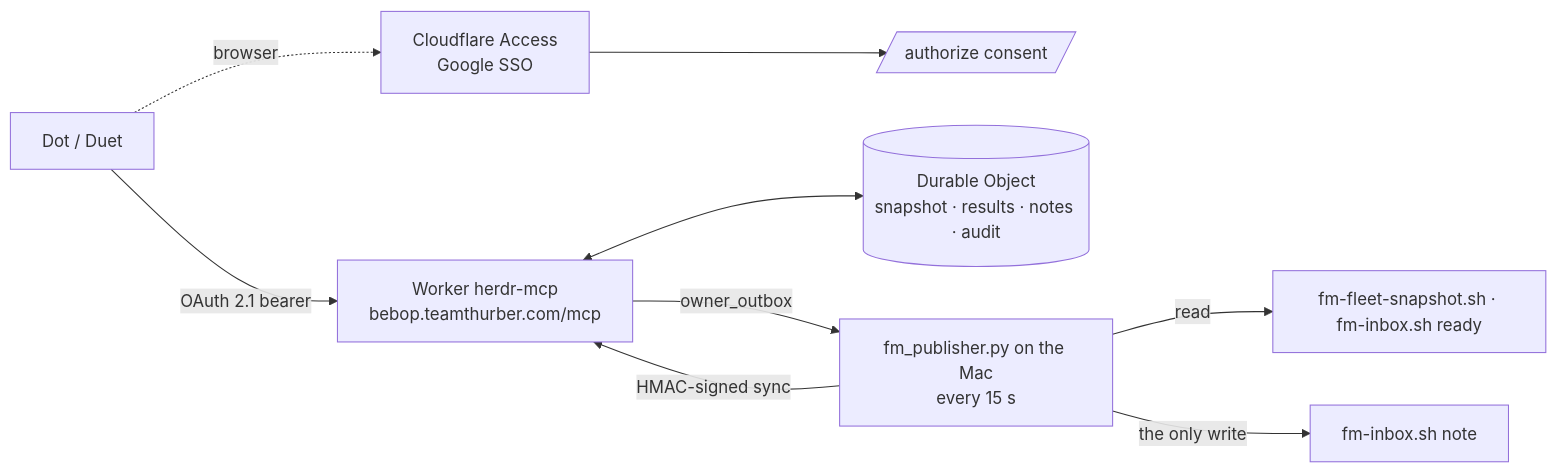
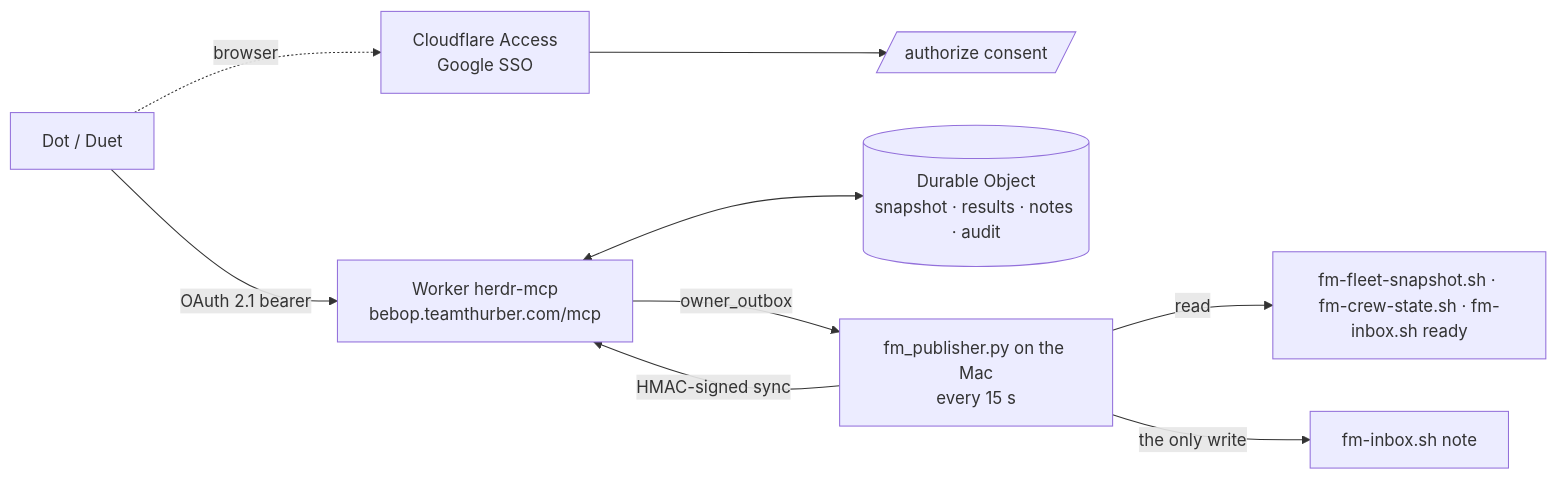
Before and after one commit to tntpgh/herdr-control: the first of 3 diagrams in remote-mcp/README.md, drawn with Mermaid. The commit also changed other lines of this file and 3 other files, not shown here.

First line of the commit message:
remote-mcp: refresh the Bebop snapshot incrementally between full fleet reads

````diff
--- a/remote-mcp/README.md
+++ b/remote-mcp/README.md
@@ -20,10 +20,10 @@
 ```mermaid
 flowchart LR
   C["Dot / Duet"] -- OAuth 2.1 bearer --> W["Worker herdr-mcp<br/>bebop.teamthurber.com/mcp"]
   C -. browser .-> A["Cloudflare Access<br/>Google SSO"] --> AU[/authorize consent/]
   W <--> DO[("Durable Object<br/>snapshot · results · notes · audit")]
   P["fm_publisher.py on the Mac<br/>every 15 s"] -- HMAC-signed sync --> W
   W -- owner_outbox --> P
-  P -- read --> F["fm-fleet-snapshot.sh · fm-inbox.sh ready"]
+  P -- read --> F["fm-fleet-snapshot.sh · fm-crew-state.sh · fm-inbox.sh ready"]
   P -- "the only write" --> N["fm-inbox.sh note"]
 ```
````
